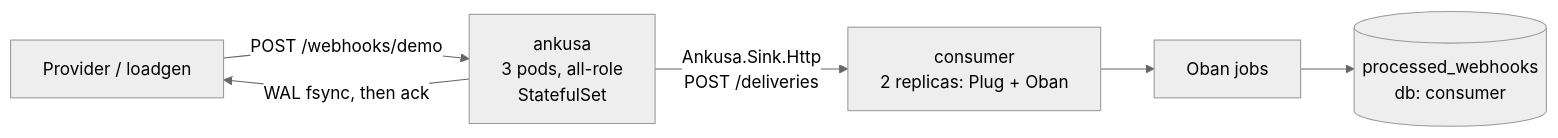
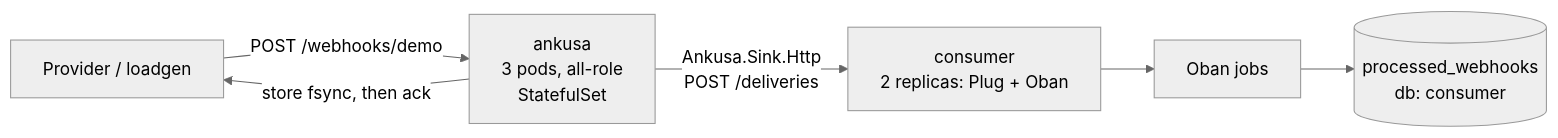
One commit to jamescarr/ankusa changed the diagram in examples/oban-consumer/README.md. Above: the diagram before and after it, drawn with Mermaid (neutral theme). The commit also changed other lines of this file and 129 other files, not shown here.

Commit message:
feat(store)!: one RocksDB store replaces the WAL, DLQ and state files (#54)

````diff
--- a/examples/oban-consumer/README.md
+++ b/examples/oban-consumer/README.md
@@ -8,8 +8,8 @@
 ```mermaid
 flowchart LR
     P[Provider / loadgen] -->|POST /webhooks/demo| A[ankusa\n3 pods, all-role\nStatefulSet]
-    A -->|WAL fsync, then ack| P
+    A -->|store fsync, then ack| P
     A -->|"Ankusa.Sink.Http\nPOST /deliveries"| C[consumer\n2 replicas: Plug + Oban]
     C --> OJ[Oban jobs]
     OJ --> DB[(processed_webhooks\ndb: consumer)]
 ```
````
